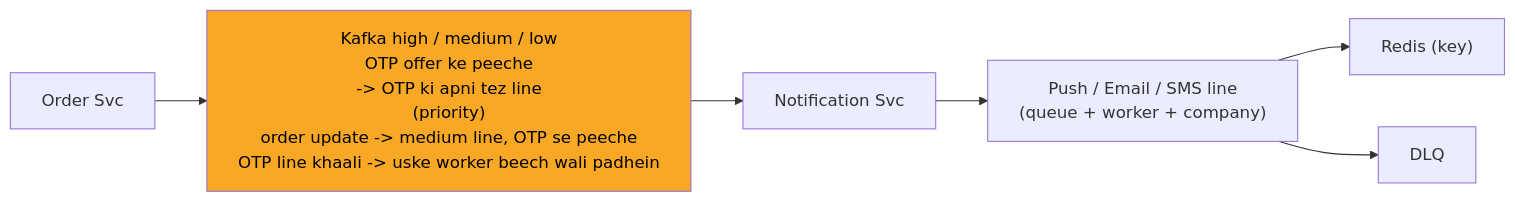
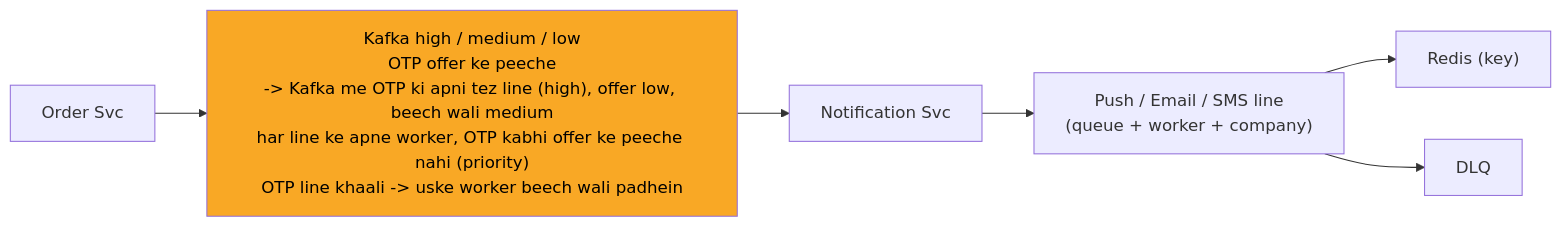
Before and after one commit to ArpanMaheshwari144/Prep: the eighth of 13 diagrams in 04_HLD/SYSTEM_DESIGNS/04_notification_system/04_notification_system.md, drawn with Mermaid. The commit also changed other lines of this file and 13 other files, not shown here.

````diff
--- a/04_HLD/SYSTEM_DESIGNS/04_notification_system/04_notification_system.md
+++ b/04_HLD/SYSTEM_DESIGNS/04_notification_system/04_notification_system.md
@@ -337,16 +341,16 @@
 ```mermaid
 %%{init: {"flowchart": {"wrappingWidth": 450}}}%%
 flowchart LR
     n_Order_Svc["Order Svc"]
-    n_Kafka["Kafka high / medium / low<br/>OTP offer ke peeche<br/>-> OTP ki apni tez line<br/>(priority)<br/>order update -> medium line, OTP se peeche<br/>OTP line khaali -> uske worker beech wali padhein"]
+    n_Kafka["Kafka high / medium / low<br/>OTP offer ke peeche<br/>-> Kafka me OTP ki apni tez line (high), offer low, beech wali medium<br/>har line ke apne worker, OTP kabhi offer ke peeche nahi (priority)<br/>OTP line khaali -> uske worker beech wali padhein"]
     n_Notification_Svc["Notification Svc"]
     n_LINES["Push / Email / SMS line<br/>(queue + worker + company)"]
     n_Redis["Redis (key)"]
     n_DLQ["DLQ"]
     n_Order_Svc --> n_Kafka
     n_Kafka --> n_Notification_Svc
     n_Notification_Svc --> n_LINES
     n_LINES --> n_Redis
     n_LINES --> n_DLQ
     style n_Kafka fill:#f9a825,color:#000
 ```
````
